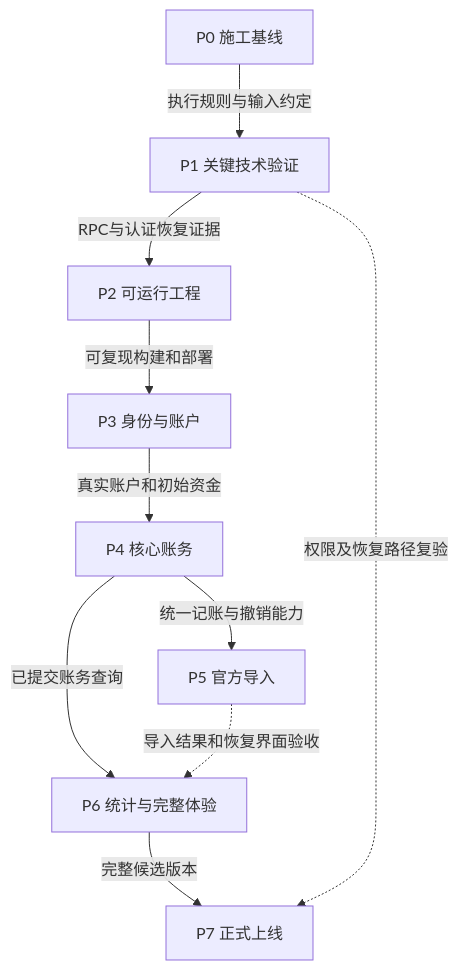
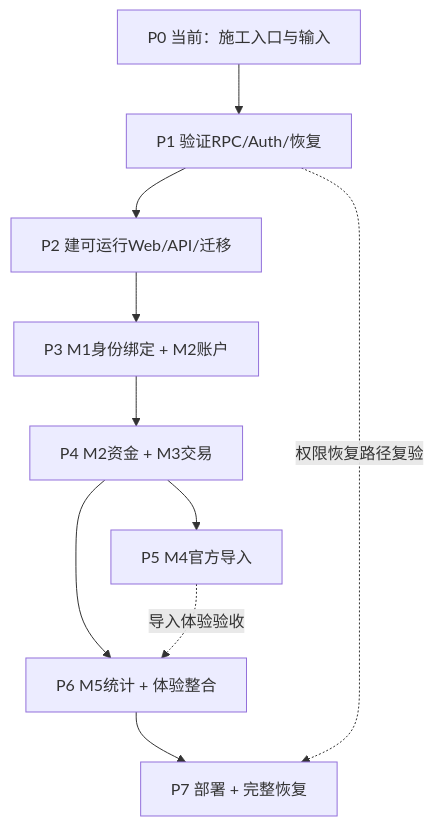
The second of 5 diagrams in docs/PHASE_DELIVERIES_AND_DEPENDENCIES.md (AsteriaAnna/ledger-final), drawn with Mermaid before and after one commit. The commit also changed other lines of this file and 1 other file, not shown here.

Commit message:
docs: detail P0-P7 implementation sequence and code locations

````diff
--- a/docs/PHASE_DELIVERIES_AND_DEPENDENCIES.md
+++ b/docs/PHASE_DELIVERIES_AND_DEPENDENCIES.md
@@ -41,12 +74,12 @@
 ```mermaid
 flowchart TB
-  P0["P0 施工基线"] -->|执行规则与输入约定| P1["P1 关键技术验证"]
-  P1 -->|RPC与认证恢复证据| P2["P2 可运行工程"]
-  P2 -->|可复现构建和部署| P3["P3 身份与账户"]
-  P3 -->|真实账户和初始资金| P4["P4 核心账务"]
-  P4 -->|统一记账与撤销能力| P5["P5 官方导入"]
-  P4 -->|已提交账务查询| P6["P6 统计与完整体验"]
-  P5 -.->|导入结果和恢复界面验收| P6
-  P6 -->|完整候选版本| P7["P7 正式上线"]
-  P1 -.->|权限及恢复路径复验| P7
+  P0["P0 当前：施工入口与输入"] --> P1["P1 验证RPC/Auth/恢复"]
+  P1 --> P2["P2 建可运行Web/API/迁移"]
+  P2 --> P3["P3 M1身份绑定 + M2账户"]
+  P3 --> P4["P4 M2资金 + M3交易"]
+  P4 --> P5["P5 M4官方导入"]
+  P4 --> P6["P6 M5统计 + 体验整合"]
+  P5 -.->|导入体验验收| P6
+  P6 --> P7["P7 部署 + 完整恢复"]
+  P1 -.->|权限恢复路径复验| P7
 ```
````
